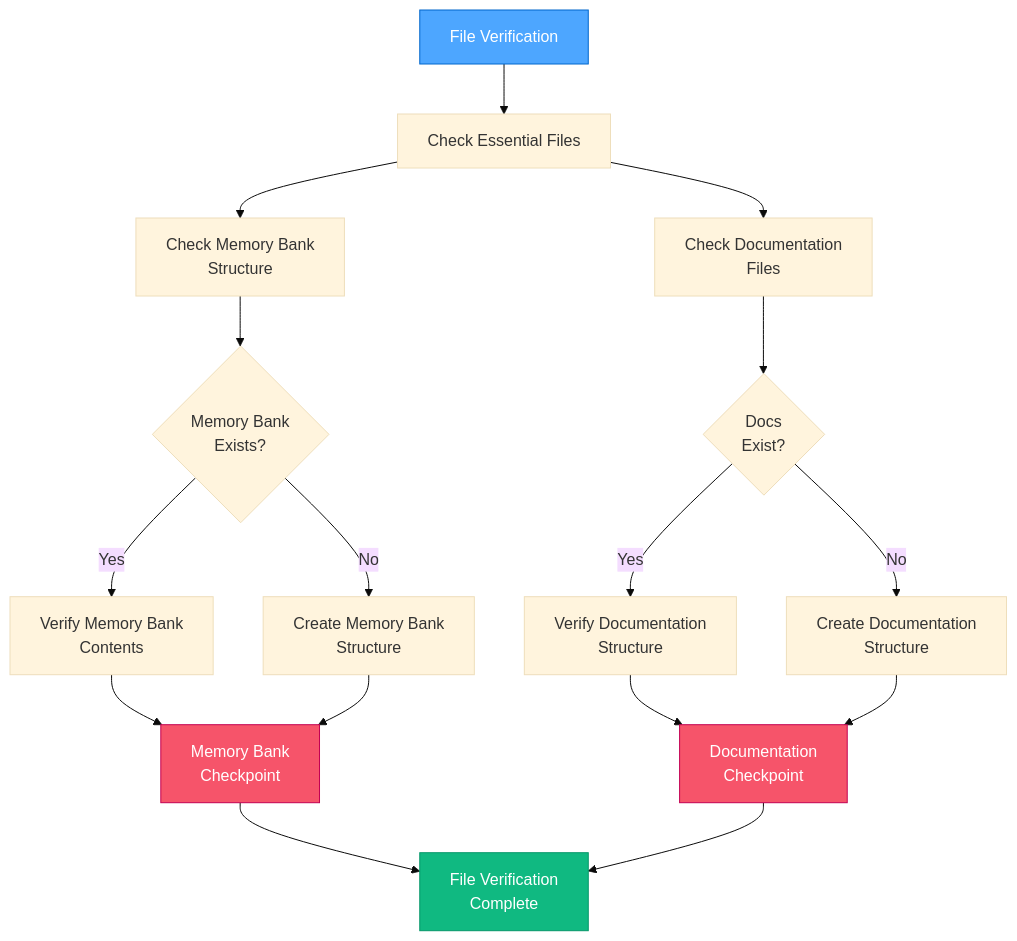
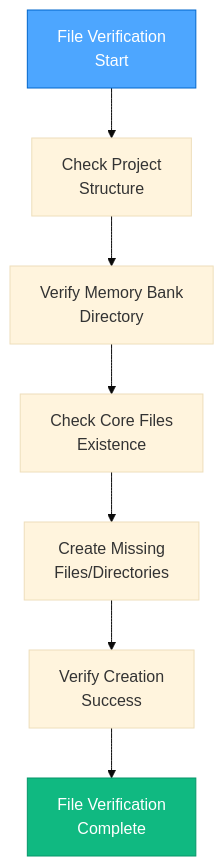
Before and after one commit to ms-moar/cursor-tools: the third of 5 diagrams in .cursor/rules/isolation_rules/visual-maps/van_mode_split/van-mode-map.mdc, drawn with Mermaid (base theme). The commit also changed other lines of this file and 13 other files, not shown here.

````diff
--- a/.cursor/rules/isolation_rules/visual-maps/van_mode_split/van-mode-map.mdc
+++ b/.cursor/rules/isolation_rules/visual-maps/van_mode_split/van-mode-map.mdc
@@ -121,25 +98,12 @@
 ```mermaid
 graph TD
-    FV["File Verification"] --> CheckFiles["Check Essential Files"]
-    CheckFiles --> CheckMB["Check Memory Bank<br>Structure"]
-    CheckMB --> MBExists{"Memory Bank<br>Exists?"}
+    Start["File Verification<br>Start"] --> CheckStructure["Check Project<br>Structure"]
+    CheckStructure --> MemoryBank["Verify Memory Bank<br>Directory"]
+    MemoryBank --> CoreFiles["Check Core Files<br>Existence"]
+    CoreFiles --> CreateMissing["Create Missing<br>Files/Directories"]
+    CreateMissing --> VerifyCreation["Verify Creation<br>Success"]
+    VerifyCreation --> Complete["File Verification<br>Complete"]
     
-    MBExists -->|"Yes"| VerifyMB["Verify Memory Bank<br>Contents"]
-    MBExists -->|"No"| CreateMB["Create Memory Bank<br>Structure"]
-    
-    CheckFiles --> CheckDocs["Check Documentation<br>Files"]
-    CheckDocs --> DocsExist{"Docs<br>Exist?"}
-    
-    DocsExist -->|"Yes"| VerifyDocs["Verify Documentation<br>Structure"]
-    DocsExist -->|"No"| CreateDocs["Create Documentation<br>Structure"]
-    
-    VerifyMB & CreateMB --> MBCP["Memory Bank<br>Checkpoint"]
-    VerifyDocs & CreateDocs --> DocsCP["Documentation<br>Checkpoint"]
-    
-    MBCP & DocsCP --> FileComplete["File Verification<br>Complete"]
-    
-    style FV fill:#4da6ff,stroke:#0066cc,color:white
-    style FileComplete fill:#10b981,stroke:#059669,color:white
-    style MBCP fill:#f6546a,stroke:#c30052,color:white
-    style DocsCP fill:#f6546a,stroke:#c30052,color:white
+    style Start fill:#4da6ff,stroke:#0066cc,color:white
+    style Complete fill:#10b981,stroke:#059669,color:white
 ```
````
